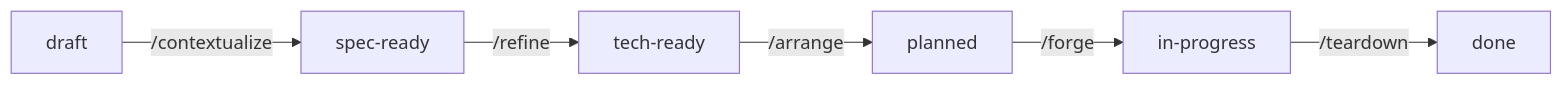
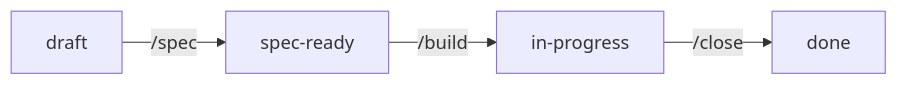
The third of 3 diagrams in README.md (juanwmedia/craft), drawn with Mermaid before and after one commit. The commit also changed other lines of this file and 8 other files, not shown here.

First line of the commit message:
Migrate to Craft v2: spec, build, close replace 5-skill pipeline

````diff
--- a/README.md
+++ b/README.md
@@ -436,8 +238,6 @@
 ```mermaid
 graph LR
-    D["draft"] -->|/contextualize| SR["spec-ready"]
-    SR -->|/refine| TR["tech-ready"]
-    TR -->|/arrange| P["planned"]
-    P -->|/forge| IP["in-progress"]
-    IP -->|/teardown| Done["done"]
+    D["draft"] -->|/spec| SR["spec-ready"]
+    SR -->|/build| IP["in-progress"]
+    IP -->|/close| Done["done"]
 ```
````
